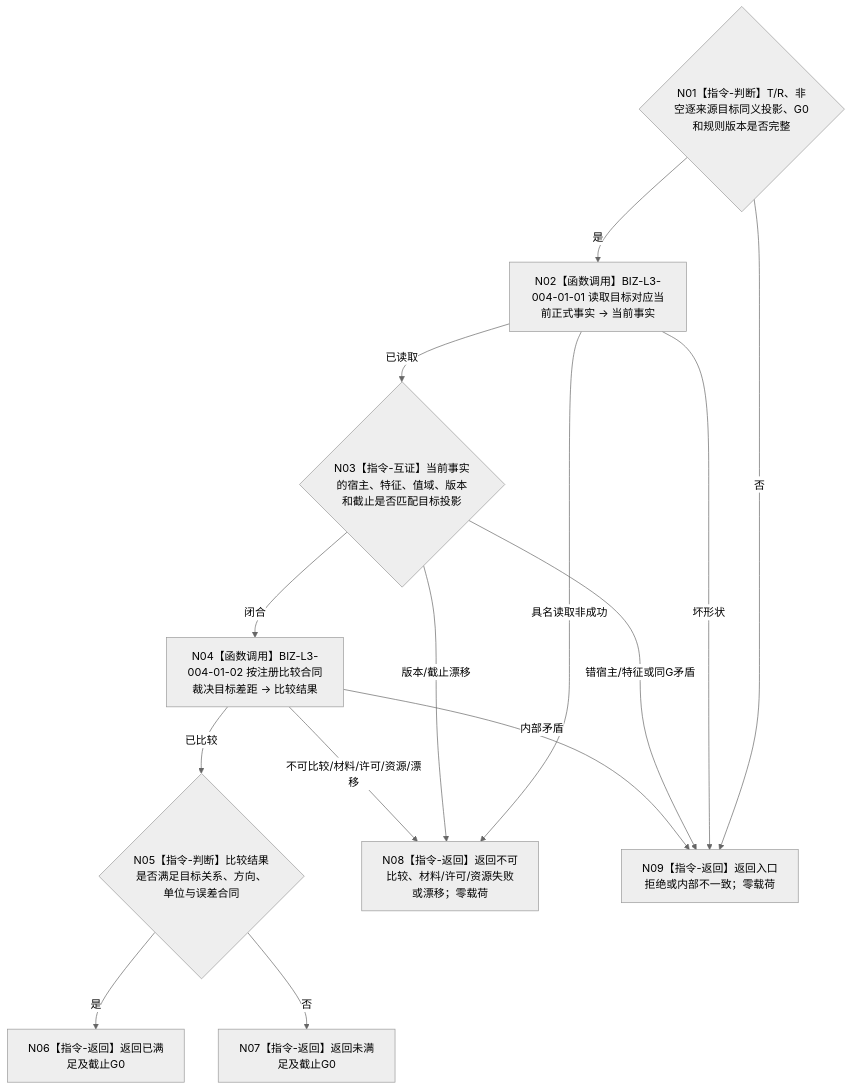
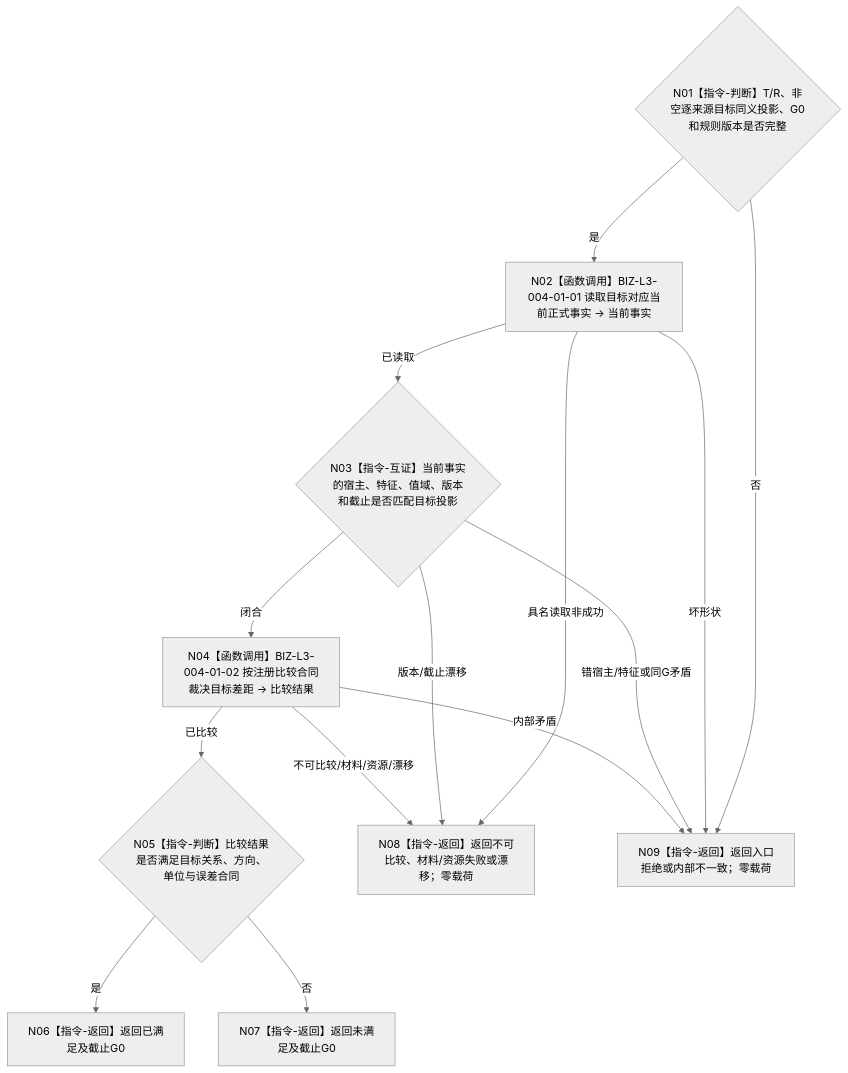
Before and after one commit to chunhaizh-cyber/HY-Ego: the diagram in 流程图/目标业务流程图/L3/BIZ-L3-004-12-04_比较受影响任务当前目标事实_目标函数流程图_v0.2.md, drawn with Mermaid (neutral theme). The commit also changed other lines of this file and 15 other files, not shown here.

````diff
--- a/流程图/目标业务流程图/L3/BIZ-L3-004-12-04_比较受影响任务当前目标事实_目标函数流程图_v0.2.md
+++ b/流程图/目标业务流程图/L3/BIZ-L3-004-12-04_比较受影响任务当前目标事实_目标函数流程图_v0.2.md
@@ -30,26 +30,26 @@
 ```mermaid
 flowchart TD
     N01{"N01【指令-判断】T/R、非空逐来源目标同义投影、G0和规则版本是否完整"}
     N02["N02【函数调用】BIZ-L3-004-01-01 读取目标对应当前正式事实 -> 当前事实"]
     N03{"N03【指令-互证】当前事实的宿主、特征、值域、版本和截止是否匹配目标投影"}
     N04["N04【函数调用】BIZ-L3-004-01-02 按注册比较合同裁决目标差距 -> 比较结果"]
     N05{"N05【指令-判断】比较结果是否满足目标关系、方向、单位与误差合同"}
     N06["N06【指令-返回】返回已满足及截止G0"]
     N07["N07【指令-返回】返回未满足及截止G0"]
-    N08["N08【指令-返回】返回不可比较、材料/许可/资源失败或漂移；零载荷"]
+    N08["N08【指令-返回】返回不可比较、材料/资源失败或漂移；零载荷"]
     N09["N09【指令-返回】返回入口拒绝或内部不一致；零载荷"]
 
     N01 -->|否| N09
     N01 -->|是| N02
     N02 -->|具名读取非成功| N08
     N02 -->|坏形状| N09
     N02 -->|已读取| N03
     N03 -->|版本/截止漂移| N08
     N03 -->|错宿主/特征或同G矛盾| N09
     N03 -->|闭合| N04
-    N04 -->|不可比较/材料/许可/资源/漂移| N08
+    N04 -->|不可比较/材料/资源/漂移| N08
     N04 -->|内部矛盾| N09
     N04 -->|已比较| N05
     N05 -->|是| N06
     N05 -->|否| N07
 ```
````
